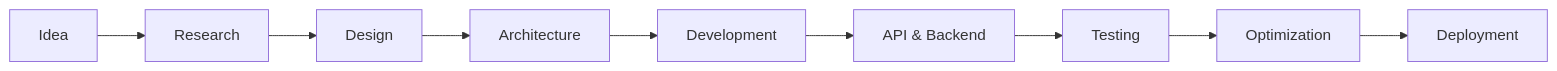
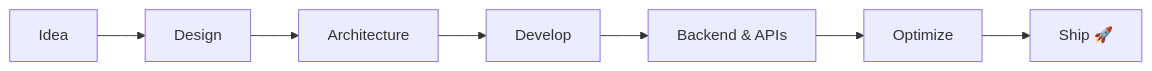
The diagram in README.md (Voltster/voltster), drawn with Mermaid before and after one commit. The commit also changed other lines of this file, not shown here.

````diff
--- a/README.md
+++ b/README.md
@@ -243,11 +134,9 @@
 ```mermaid
 flowchart LR
-    A[Idea] --> B[Research]
-    B --> C[Design]
-    C --> D[Architecture]
-    D --> E[Development]
-    E --> F[API & Backend]
-    F --> G[Testing]
-    G --> H[Optimization]
-    H --> I[Deployment]
+    A[Idea] --> B[Design]
+    B --> C[Architecture]
+    C --> D[Develop]
+    D --> E[Backend & APIs]
+    E --> F[Optimize]
+    F --> G[Ship 🚀]
 ```
````
